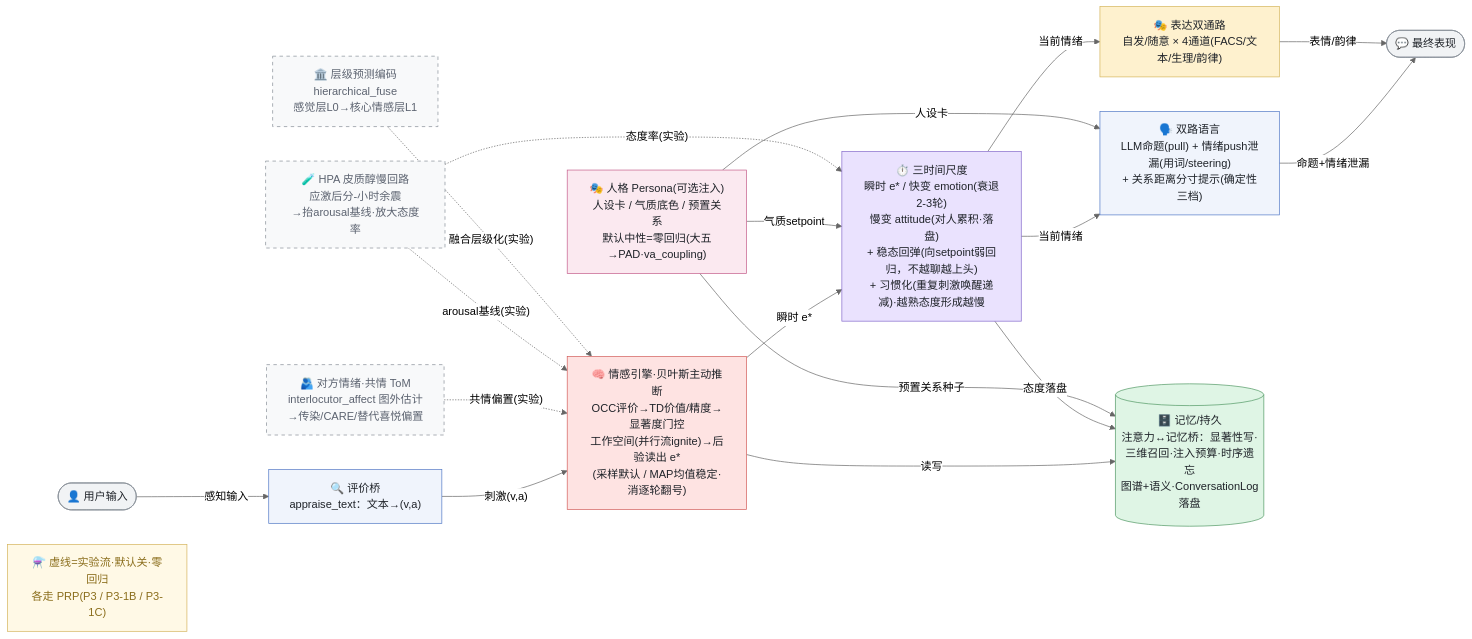
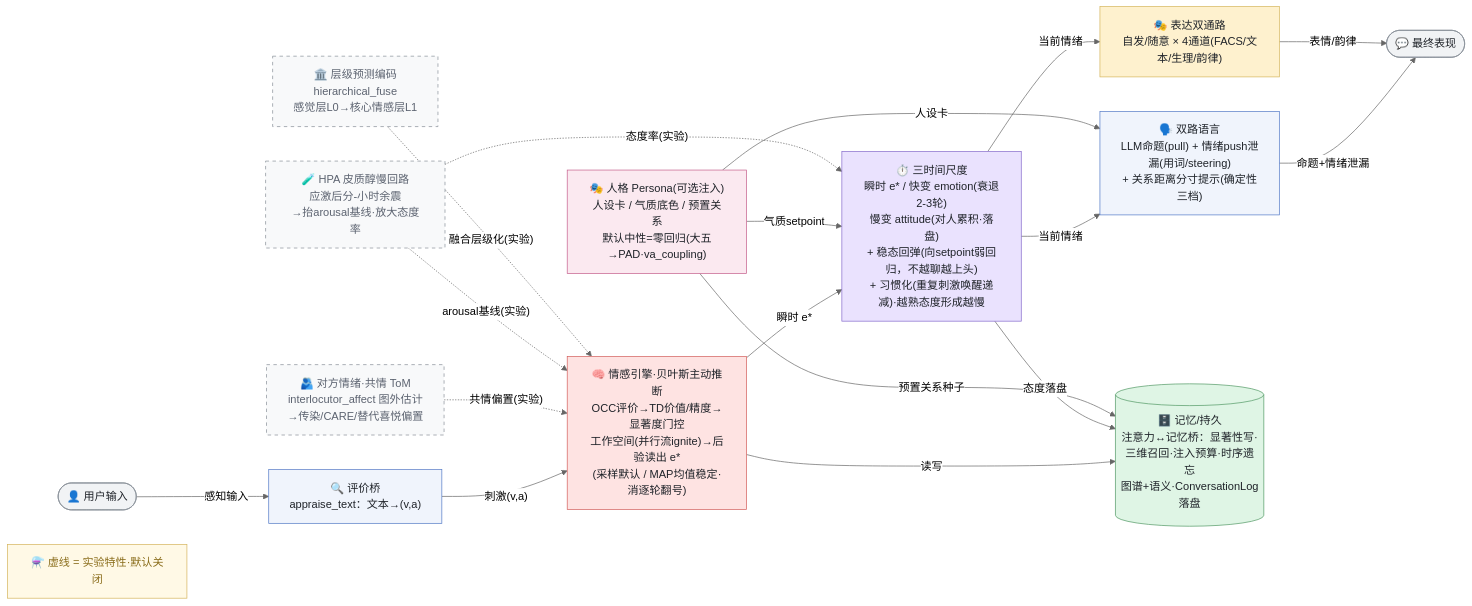
Before and after one commit to WizardHeHeJun/Zero: the diagram in docs/v2/framework-current.mmd, drawn with Mermaid (neutral theme). The commit also changed 2 other files, not shown here.

Commit message:
docs(figures): 框架图图例去内部话语——「实验流·零回归·各走 PRP」简化为「实验特性·默认关闭」

```diff
--- a/docs/v2/framework-current.mmd
+++ b/docs/v2/framework-current.mmd
@@ -1,44 +1,44 @@
 flowchart LR
   user(["👤 用户输入"]):::terminal
   appraise["🔍 评价桥<br/>appraise_text：文本→(v,a)"]:::appraise
   engine["🧠 情感引擎·贝叶斯主动推断<br/>OCC评价→TD价值/精度→显著度门控<br/>工作空间(并行流ignite)→后验读出 e*<br/>(采样默认 / MAP均值稳定·消逐轮翻号)"]:::engine
   timescales["⏱️ 三时间尺度<br/>瞬时 e* / 快变 emotion(衰退2-3轮)<br/>慢变 attitude(对人累积·落盘)<br/>+ 稳态回弹(向setpoint弱回归，不越聊越上头)<br/>+ 习惯化(重复刺激唤醒递减)·越熟态度形成越慢"]:::timescale
   language["🗣️ 双路语言<br/>LLM命题(pull) + 情绪push泄漏(用词/steering)<br/>+ 关系距离分寸提示(确定性三档)"]:::language
   expression["🎭 表达双通路<br/>自发/随意 × 4通道(FACS/文本/生理/韵律)"]:::expression
   persona["🎭 人格 Persona(可选注入)<br/>人设卡 / 气质底色 / 预置关系<br/>默认中性=零回归(大五→PAD·va_coupling)"]:::persona
   memory[("🗄️ 记忆/持久<br/>注意力↔记忆桥：显著性写·三维召回·注入预算·时序遗忘<br/>图谱+语义·ConversationLog落盘")]:::memory
   output(["💬 最终表现"]):::terminal
 
   tom["🫂 对方情绪·共情 ToM<br/>interlocutor_affect 图外估计<br/>→传染/CARE/替代喜悦偏置"]:::experimental
   hpa["🧪 HPA 皮质醇慢回路<br/>应激后分-小时余震<br/>→抬arousal基线·放大态度率"]:::experimental
   hpc["🏛️ 层级预测编码<br/>hierarchical_fuse<br/>感觉层L0→核心情感层L1"]:::experimental
-  expnote["⚗️ 虚线=实验流·默认关·零回归<br/>各走 PRP(P3 / P3-1B / P3-1C)"]:::expnote
+  expnote["⚗️ 虚线 = 实验特性·默认关闭"]:::expnote
 
   user -->|"感知输入"| appraise
   appraise -->|"刺激(v,a)"| engine
   engine -->|"瞬时 e*"| timescales
   timescales -->|"当前情绪"| language
   timescales -->|"当前情绪"| expression
   language -->|"命题+情绪泄漏"| output
   expression -->|"表情/韵律"| output
   engine -->|"读写"| memory
   timescales -->|"态度落盘"| memory
   persona -->|"人设卡"| language
   persona -->|"气质setpoint"| timescales
   persona -->|"预置关系种子"| memory
 
   tom -.->|"共情偏置(实验)"| engine
   hpa -.->|"arousal基线(实验)"| engine
   hpa -.->|"态度率(实验)"| timescales
   hpc -.->|"融合层级化(实验)"| engine
 
   classDef terminal fill:#F1F3F5,stroke:#868E96,color:#1F2329
   classDef appraise fill:#F0F4FC,stroke:#5178C6,color:#1F2329
   classDef engine fill:#FEE3E2,stroke:#D25D5A,color:#1F2329
   classDef timescale fill:#EAE2FE,stroke:#8569CB,color:#1F2329
   classDef language fill:#F0F4FC,stroke:#5178C6,color:#1F2329
   classDef expression fill:#FEF1CE,stroke:#D4B45B,color:#1F2329
   classDef memory fill:#DFF5E5,stroke:#509863,color:#1F2329
   classDef persona fill:#FBE9F0,stroke:#C45D8B,color:#1F2329
   classDef experimental fill:#F8F9FA,stroke:#868E96,stroke-dasharray:5 5,color:#5C6370
   classDef expnote fill:#FFF9E6,stroke:#D4B45B,color:#8A6D1B
```
